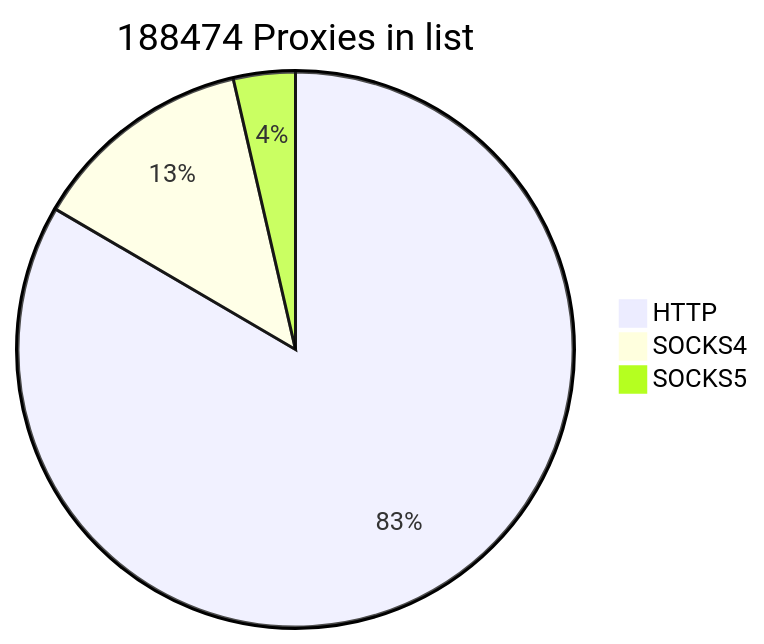
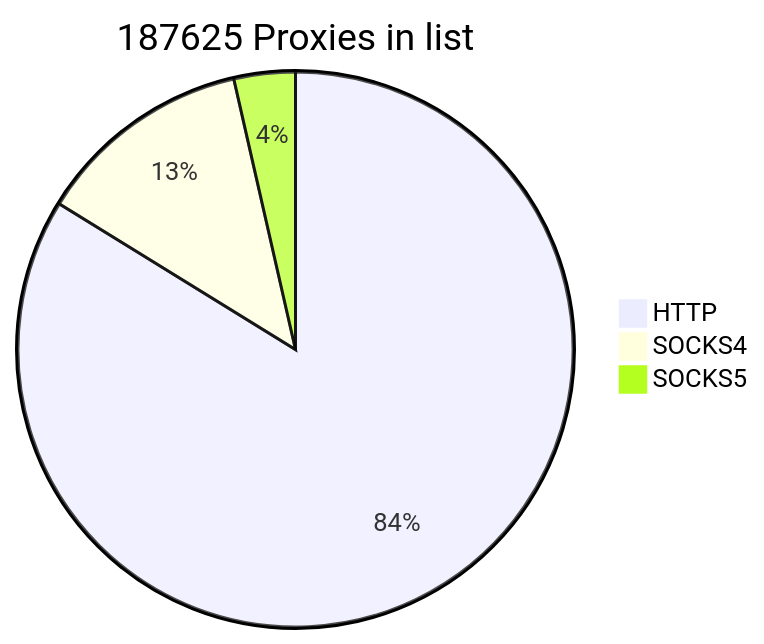
The first of 2 diagrams in README.md (cutipu/proxylist), drawn with Mermaid before and after one commit. The commit also changed other lines of this file, not shown here.

````diff
--- a/README.md
+++ b/README.md
@@ -2,7 +2,7 @@
 ```mermaid
-pie title 188474 Proxies in list
-    "HTTP" : 157238
-    "SOCKS4" : 24455
-    "SOCKS5" : 6781
+pie title 187625 Proxies in list
+    "HTTP" : 157218
+    "SOCKS4" : 23710
+    "SOCKS5" : 6697
             
 ```
````
